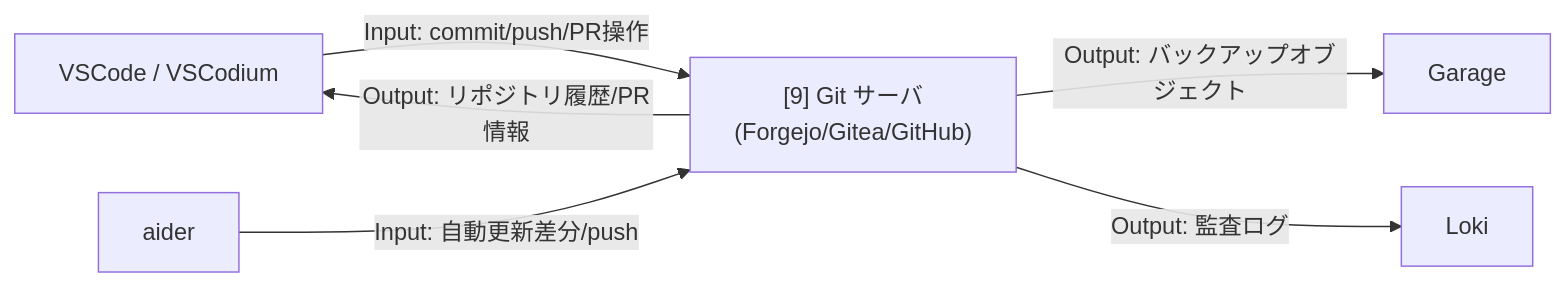
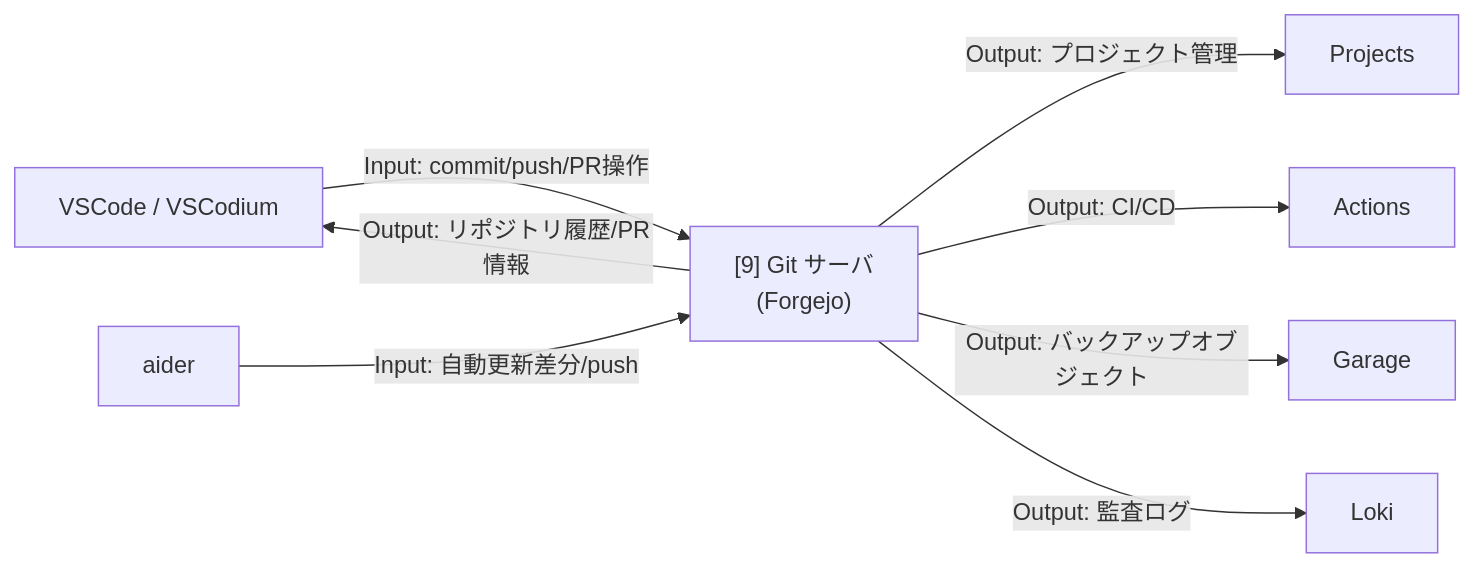
Before and after one commit to BossApe/lo-vibe: the second of 2 diagrams in _document/001.提案・要求仕様フェーズ/002.インフラ構成案/002-09.Gitサーバ.md, drawn with Mermaid. The commit also changed other lines of this file and 38 other files, not shown here.

````diff
--- a/_document/001.提案・要求仕様フェーズ/002.インフラ構成案/002-09.Gitサーバ.md
+++ b/_document/001.提案・要求仕様フェーズ/002.インフラ構成案/002-09.Gitサーバ.md
@@ -71,8 +79,10 @@
 ```mermaid
 flowchart LR
-    V[VSCode / VSCodium] -->|Input: commit/push/PR操作| G["[9] Git サーバ<br>(Forgejo/Gitea/GitHub)"]
+    V[VSCode / VSCodium] -->|Input: commit/push/PR操作| G["[9] Git サーバ<br>(Forgejo)"]
     A[aider] -->|Input: 自動更新差分/push| G
     G -->|Output: リポジトリ履歴/PR情報| V
+    G -->|Output: プロジェクト管理| P[Projects]
+    G -->|Output: CI/CD| C[Actions]
     G -->|Output: バックアップオブジェクト| M[Garage]
     G -->|Output: 監査ログ| Lk[Loki]
 ```
````
